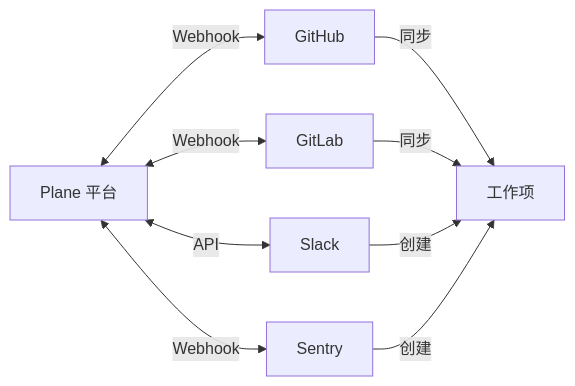
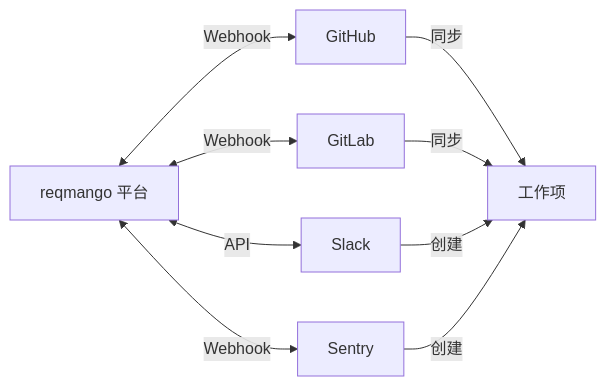
One commit to vinthuy/reqmango changed the eighth of 11 diagrams in docs/kb/PRD.md. Above: the diagram before and after it, drawn with Mermaid. The commit also changed other lines of this file and 81 other files, not shown here.

````diff
--- a/docs/kb/PRD.md
+++ b/docs/kb/PRD.md
@@ -508,12 +508,12 @@
 ```mermaid
 flowchart LR
-    Plane[Plane 平台] <-->|Webhook| GitHub[GitHub]
-    Plane <-->|Webhook| GitLab[GitLab]
-    Plane <-->|API| Slack[Slack]
-    Plane <-->|Webhook| Sentry[Sentry]
+    Reqmango[reqmango 平台] <-->|Webhook| GitHub[GitHub]
+    Reqmango <-->|Webhook| GitLab[GitLab]
+    Reqmango <-->|API| Slack[Slack]
+    Reqmango <-->|Webhook| Sentry[Sentry]
     
     GitHub -->|同步| Issues[工作项]
     GitLab -->|同步| Issues
     Slack -->|创建| Issues
     Sentry -->|创建| Issues
 ```
````
